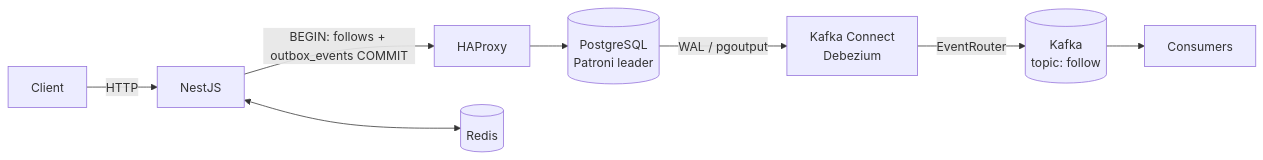
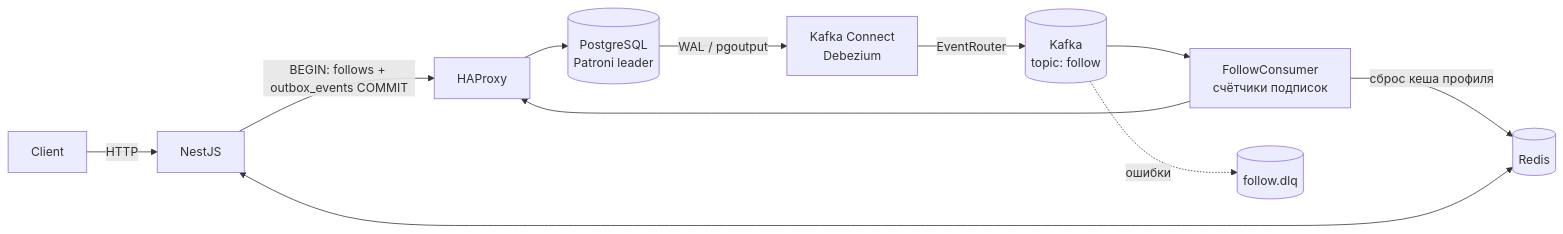
One commit to CodedSplash/Fakegram-backend changed the diagram in README.md. Above: the diagram before and after it, drawn with Mermaid. The commit also changed other lines of this file and 1 other file, not shown here.

````diff
--- a/README.md
+++ b/README.md
@@ -69,10 +78,13 @@
 ```mermaid
 flowchart LR
     Client -->|HTTP| App[NestJS]
     App -->|"BEGIN: follows + outbox_events COMMIT"| HAProxy
     HAProxy --> PG[(PostgreSQL<br/>Patroni leader)]
     PG -->|WAL / pgoutput| Debezium[Kafka Connect<br/>Debezium]
     Debezium -->|EventRouter| Kafka[(Kafka<br/>topic: follow)]
-    Kafka --> Workers[Consumers]
+    Kafka --> Consumer[FollowConsumer<br/>счётчики подписок]
+    Consumer --> HAProxy
+    Consumer -->|сброс кеша профиля| Redis
+    Kafka -.->|ошибки| DLQ[(follow.dlq)]
     App <--> Redis[(Redis)]
 ```
````
